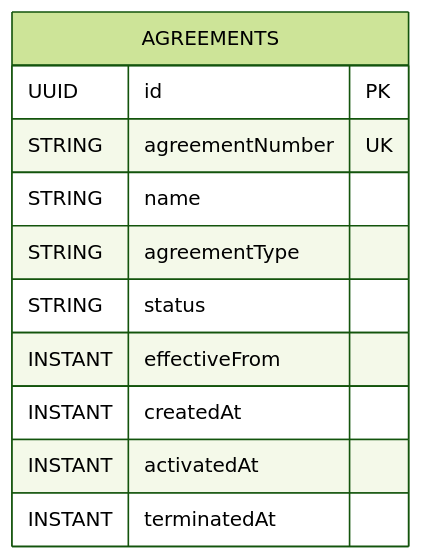
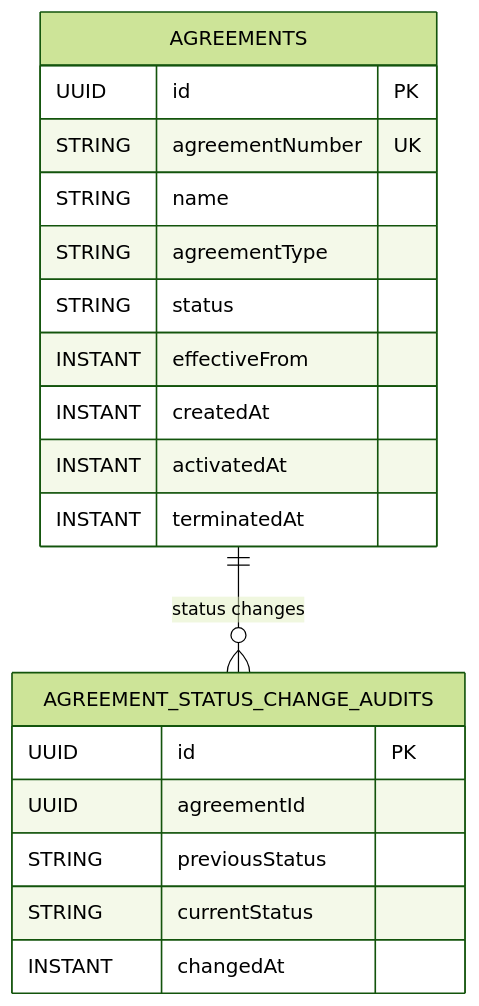
Before and after one commit to ArcanaERP/platform: the diagram in docs/agreements-data-model.md, drawn with Mermaid (forest theme). The commit also changed other lines of this file and 11 other files, not shown here.

Commit message:
feat(agreements): add immutable status change history endpoint

````diff
--- a/docs/agreements-data-model.md
+++ b/docs/agreements-data-model.md
@@ -7,14 +7,22 @@
 ```mermaid
 erDiagram
     AGREEMENTS {
       UUID id PK
       STRING agreementNumber UK
       STRING name
       STRING agreementType
       STRING status
       INSTANT effectiveFrom
       INSTANT createdAt
       INSTANT activatedAt
       INSTANT terminatedAt
     }
+    AGREEMENT_STATUS_CHANGE_AUDITS {
+      UUID id PK
+      UUID agreementId
+      STRING previousStatus
+      STRING currentStatus
+      INSTANT changedAt
+    }
+    AGREEMENTS ||--o{ AGREEMENT_STATUS_CHANGE_AUDITS : "status changes"
 ```
````
